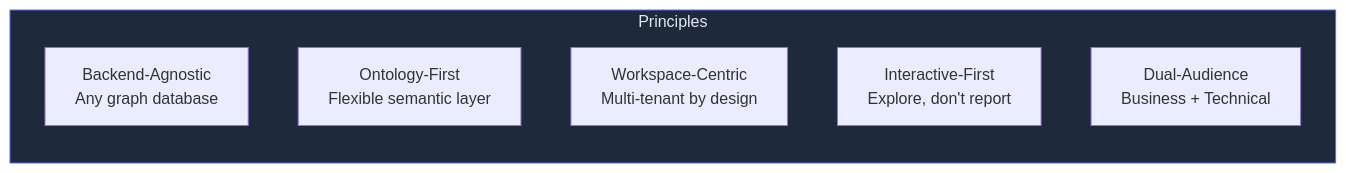
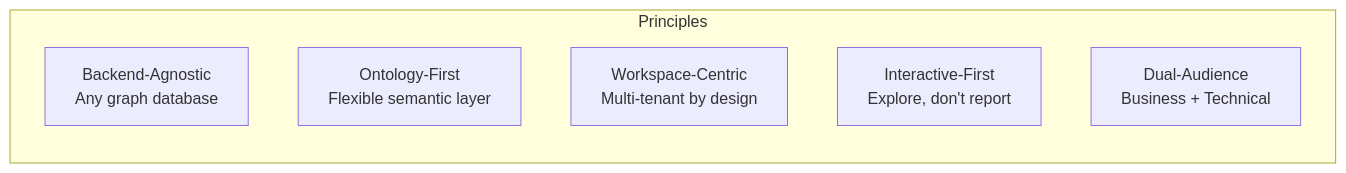
The second of 10 diagrams in docs/OVERVIEW.md (rkrumins/dataviz), drawn with Mermaid before and after one commit. The commit also changed other lines of this file and 46 other files, not shown here.

````diff
--- a/docs/OVERVIEW.md
+++ b/docs/OVERVIEW.md
@@ -139,12 +139,11 @@
 ```mermaid
 graph LR
     subgraph Principles
         P1["Backend-Agnostic<br/>Any graph database"]
         P2["Ontology-First<br/>Flexible semantic layer"]
         P3["Workspace-Centric<br/>Multi-tenant by design"]
         P4["Interactive-First<br/>Explore, don't report"]
         P5["Dual-Audience<br/>Business + Technical"]
     end
 
-    style Principles fill:#1e293b,stroke:#6366f1,color:#e2e8f0
 ```
````
